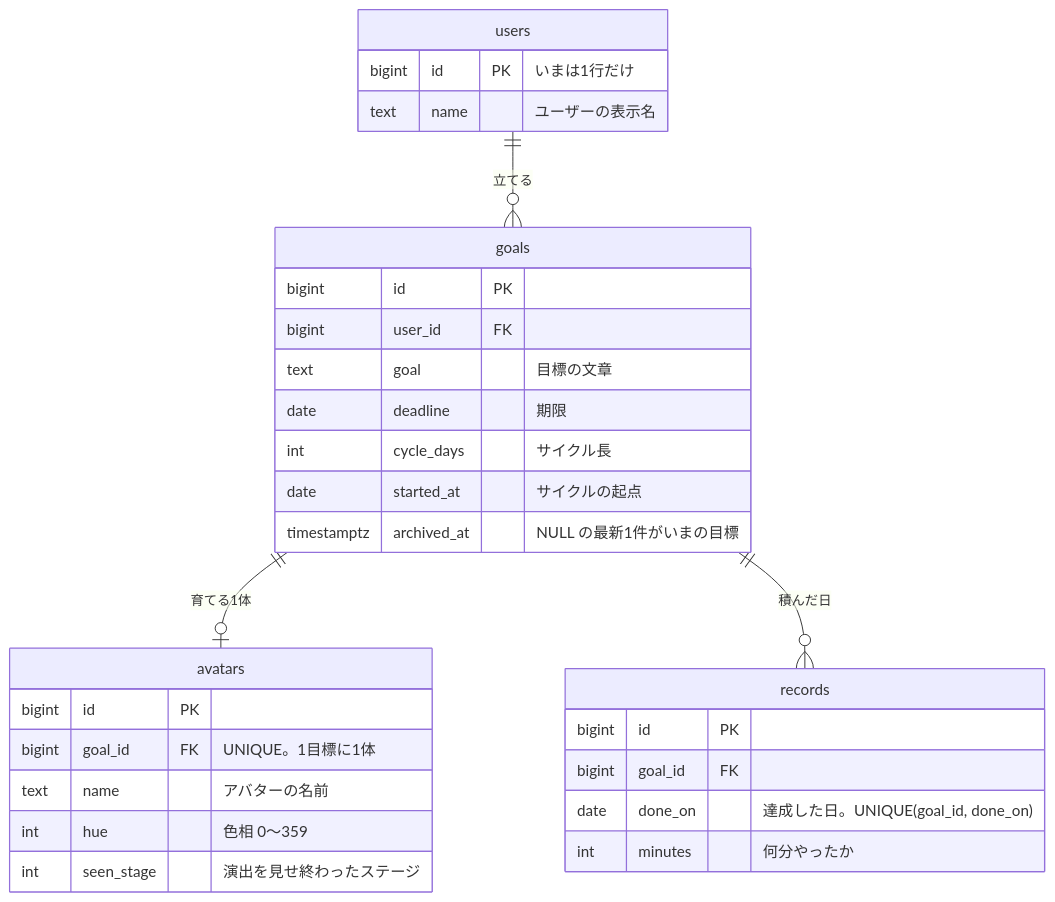
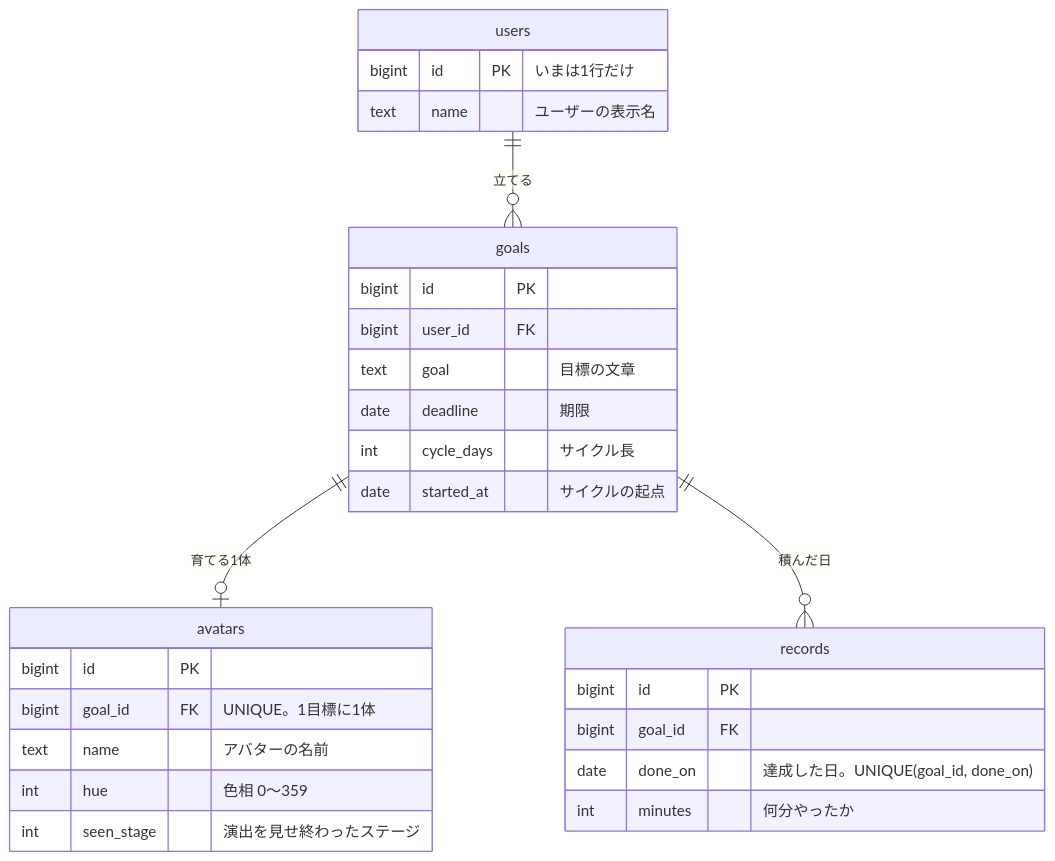
One commit to kuramochi703/keep-motivation-app changed the second of 2 diagrams in CHANGES_EVOLUTION.md. Above: the diagram before and after it, drawn with Mermaid. The commit also changed other lines of this file and 2 other files, not shown here.

````diff
--- a/CHANGES_EVOLUTION.md
+++ b/CHANGES_EVOLUTION.md
@@ -121,36 +121,35 @@
 ```mermaid
 erDiagram
     users ||--o{ goals   : "立てる"
     goals ||--o| avatars : "育てる1体"
     goals ||--o{ records : "積んだ日"
 
     users {
         bigint id PK "いまは1行だけ"
         text name "ユーザーの表示名"
     }
 
     goals {
         bigint id PK
         bigint user_id FK
         text goal "目標の文章"
         date deadline "期限"
         int cycle_days "サイクル長"
         date started_at "サイクルの起点"
-        timestamptz archived_at "NULL の最新1件がいまの目標"
     }
 
     avatars {
         bigint id PK
         bigint goal_id FK "UNIQUE。1目標に1体"
         text name "アバターの名前"
         int hue "色相 0〜359"
         int seen_stage "演出を見せ終わったステージ"
     }
 
     records {
         bigint id PK
         bigint goal_id FK
         date done_on "達成した日。UNIQUE(goal_id, done_on)"
         int minutes "何分やったか"
     }
 ```
````
